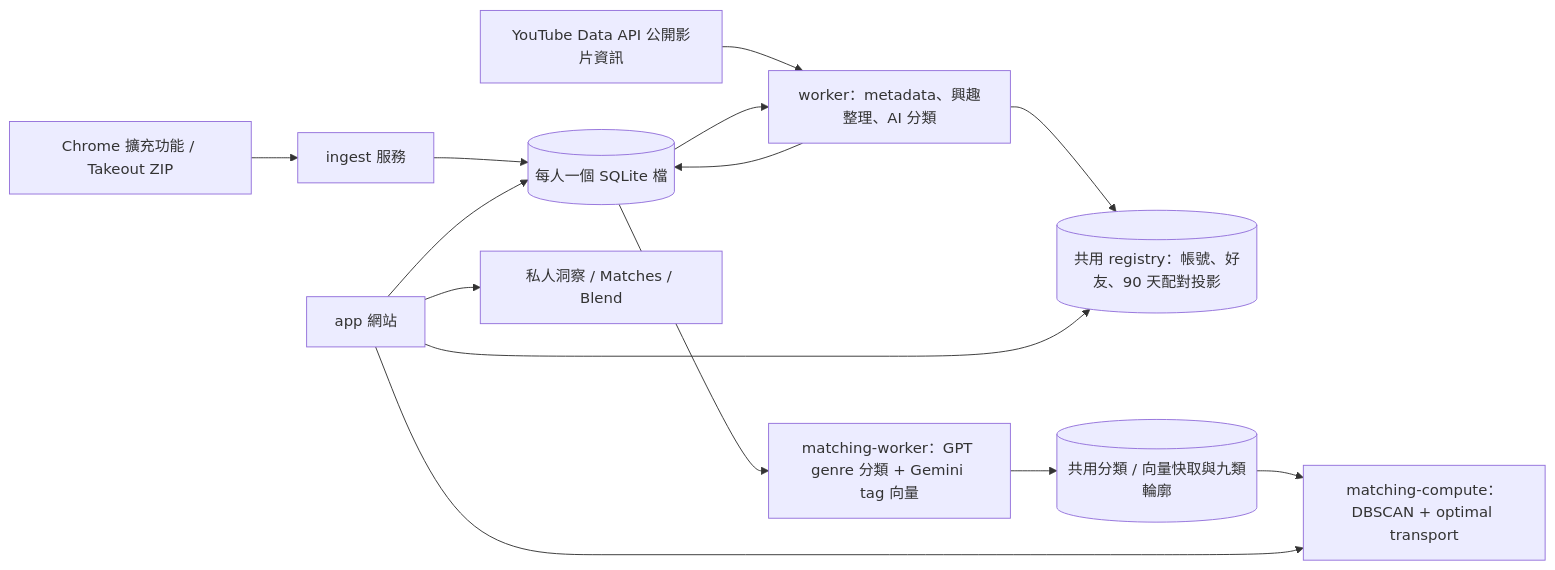
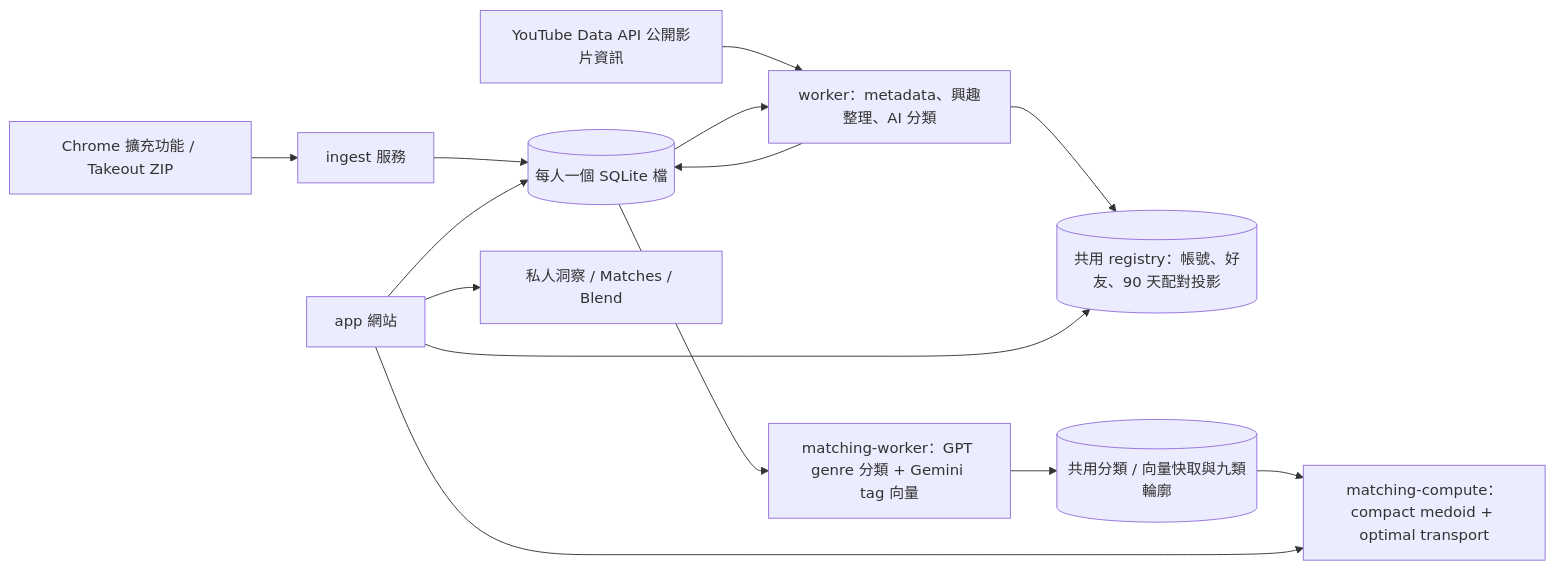
One commit to skyhong2002/urtube.observe.tw changed the diagram in README.md. Above: the diagram before and after it, drawn with Mermaid. The commit also changed other lines of this file and 8 other files, not shown here.

Commit message:
Make synthetic matching previews reproducible with real numeric compute

````diff
--- a/README.md
+++ b/README.md
@@ -44,16 +44,16 @@
 ```mermaid
 flowchart LR
     Ext[Chrome 擴充功能 / Takeout ZIP] --> Ingest[ingest 服務]
     Ingest --> Personal[(每人一個 SQLite 檔)]
     YT[YouTube Data API 公開影片資訊] --> Worker[worker：metadata、興趣整理、AI 分類]
     Personal --> Worker
     Worker --> Personal
     Worker --> Registry[(共用 registry：帳號、好友、90 天配對投影)]
     Personal --> V3[matching-worker：GPT genre 分類 + Gemini tag 向量]
     V3 --> Cache[(共用分類 / 向量快取與九類輪廓)]
-    Cache --> Compute[matching-compute：DBSCAN + optimal transport]
+    Cache --> Compute[matching-compute：compact medoid + optimal transport]
     App[app 網站] --> Personal
     App --> Registry
     App --> Compute
     App --> User[私人洞察 / Matches / Blend]
 ```
````
